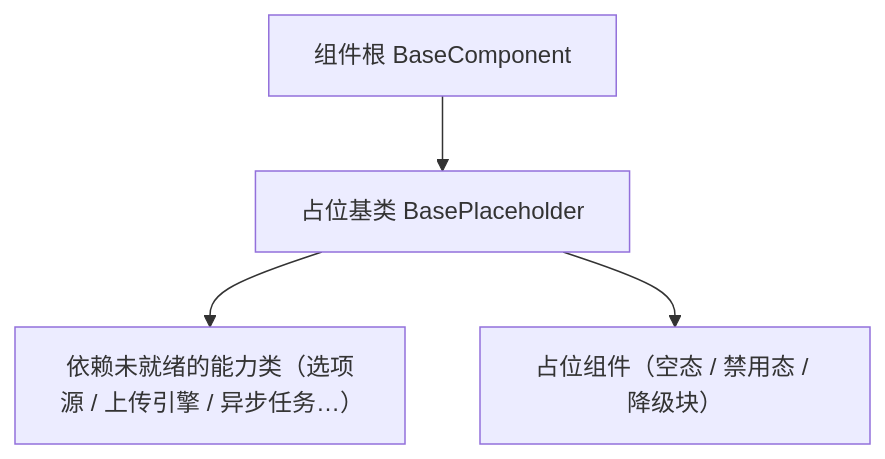
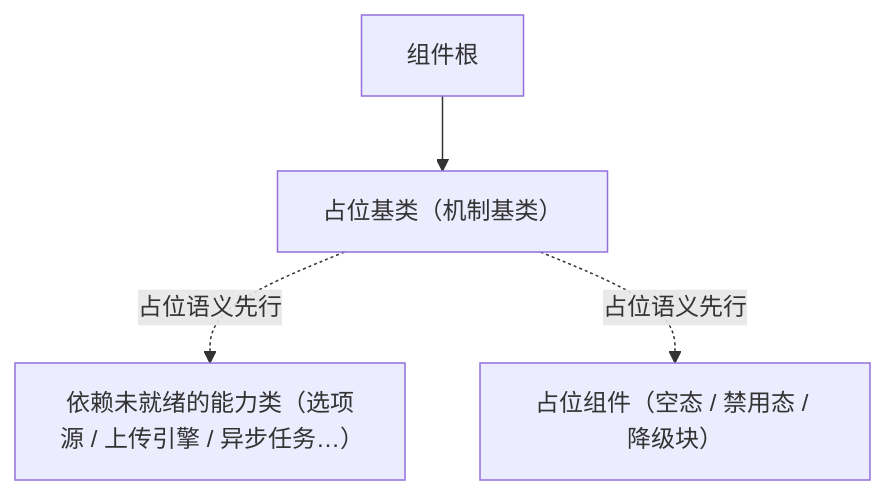
Before and after one commit to minjian123/basic-management-system: the diagram in bms文档/设计/组件设计/02_基础组件类/01_机制基类/04_组件设计_占位基类/04_组件设计_占位基类.md, drawn with Mermaid. The commit also changed other lines of this file and 238 other files, not shown here.

````diff
--- a/bms文档/设计/组件设计/02_基础组件类/01_机制基类/04_组件设计_占位基类/04_组件设计_占位基类.md
+++ b/bms文档/设计/组件设计/02_基础组件类/01_机制基类/04_组件设计_占位基类/04_组件设计_占位基类.md
@@ -15,6 +16,6 @@
 ```mermaid
 flowchart TD
-    COMP["组件根 BaseComponent"] --> PH["占位基类 BasePlaceholder"]
-    PH --> CAP["依赖未就绪的能力类（选项源 / 上传引擎 / 异步任务…）"]
-    PH --> C["占位组件（空态 / 禁用态 / 降级块）"]
+    COMP["组件根"] --> PH["占位基类（机制基类）"]
+    PH -. "占位语义先行" .-> CAP["依赖未就绪的能力类（选项源 / 上传引擎 / 异步任务…）"]
+    PH -. "占位语义先行" .-> C["占位组件（空态 / 禁用态 / 降级块）"]
 ```
````
